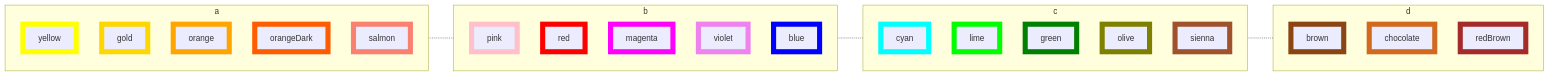
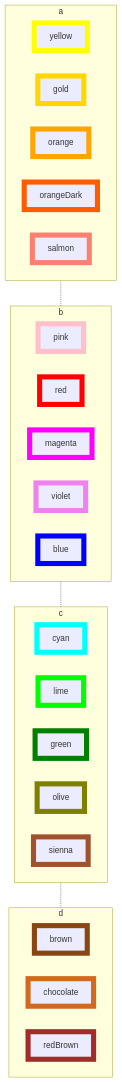
The second of 2 diagrams in files/fill-and-stroke-colors.md (Ee-Cs/Ee-Cs.github.io), drawn with Mermaid before and after one commit.

````diff
--- a/files/fill-and-stroke-colors.md
+++ b/files/fill-and-stroke-colors.md
@@ -28,49 +28,49 @@
 ```mermaid
-flowchart LR
+flowchart TB
 subgraph a
     yellow:::yellow
     gold:::gold
     orange:::orange
     orangeDark:::orangeDark
     salmon:::salmon
 end
 subgraph b
     pink:::pink
     red:::red
     magenta:::magenta
     violet:::violet
     blue:::blue
 end
 subgraph c
     cyan:::cyan
     lime:::lime
     green:::green
     olive:::olive
     sienna:::sienna
 end
 subgraph d
     brown:::brown
     chocolate:::chocolate
     redBrown:::redBrown
 end
 a -.- b -.- c -.- d
 %% Styles
     classDef brown stroke:saddlebrown,stroke-width:10px
     classDef blue stroke:blue,stroke-width:10px
     classDef chocolate stroke:chocolate,stroke-width:10px
     classDef cyan stroke:cyan,stroke-width:10px
     classDef gold stroke:gold,stroke-width:10px
     classDef green stroke:green,stroke-width:10px
     classDef lime stroke:lime,stroke-width:10px
     classDef magenta stroke:magenta,stroke-width:10px
     classDef olive stroke:olive,stroke-width:10px
     classDef orange stroke:orange,stroke-width:10px
     classDef orangeDark stroke:#FF5C00,stroke-width:10px
     classDef pink stroke:pink,stroke-width:10px
     classDef red stroke:red,stroke-width:10px
     classDef redBrown stroke:brown,stroke-width:10px
     classDef salmon stroke:salmon,stroke-width:10px
     classDef sienna stroke:sienna,stroke-width:10px
     classDef violet stroke:violet,stroke-width:10px
     classDef yellow stroke:yellow,stroke-width:10px
 ```
````
